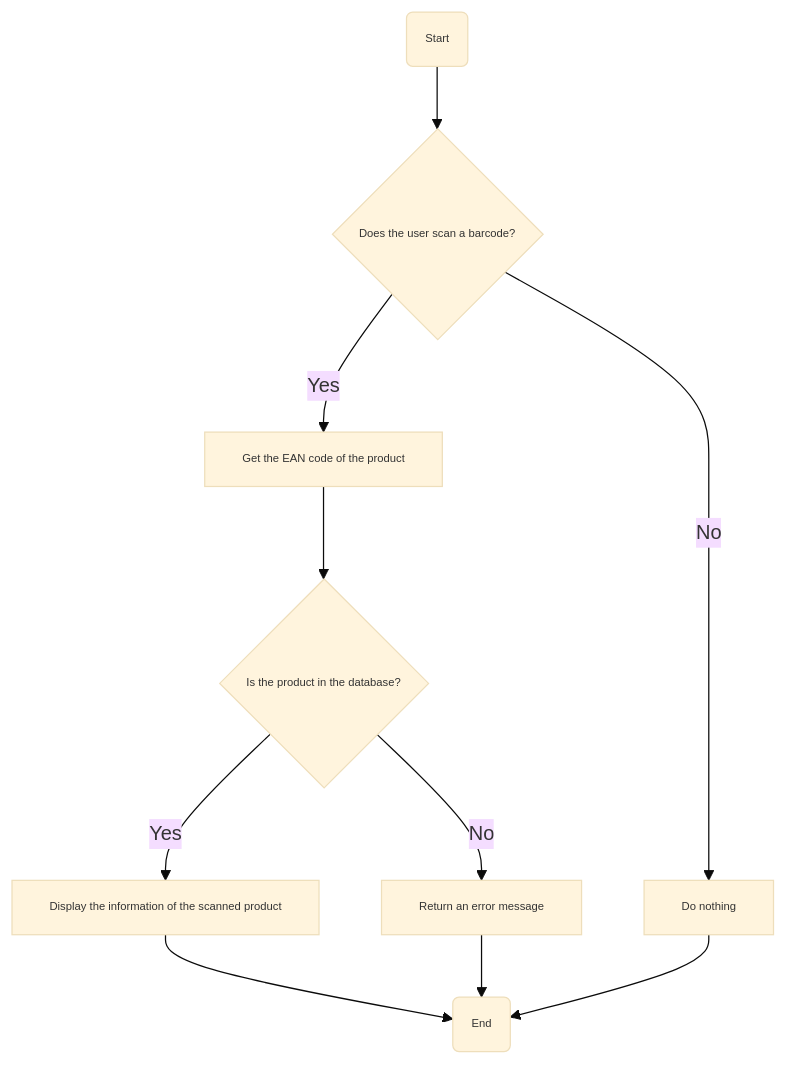
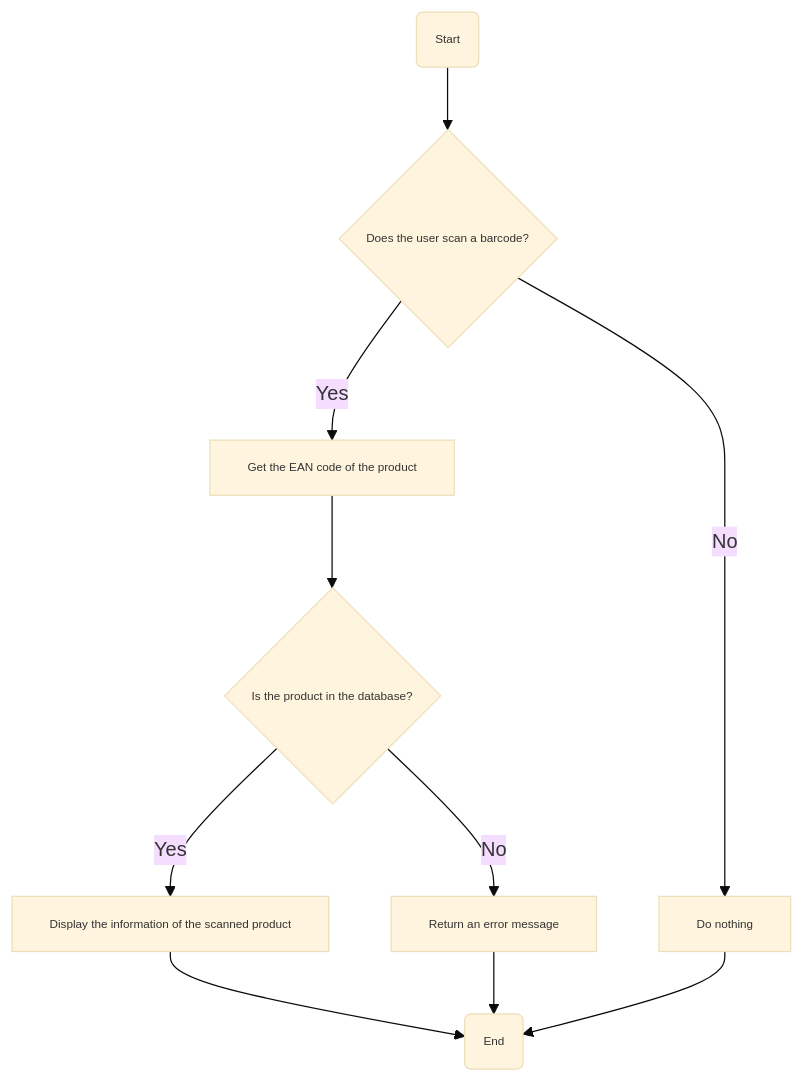
The eighth of 11 diagrams in Documents/Technical/technical_specifications.md (algosup/2024-2025-project-5-bubble-intermarche-team-2), drawn with Mermaid (base theme) before and after one commit. The commit also changed other lines of this file, not shown here.

````diff
--- a/Documents/Technical/technical_specifications.md
+++ b/Documents/Technical/technical_specifications.md
@@ -423,13 +416,13 @@
 ```mermaid
 graph TD
     A(Start) --> B{Does the user scan a barcode?}
     B -->|Yes| C[Get the EAN code of the product]
     B -->|No| D[Do nothing]
     C --> E{Is the product in the database?}
     E -->|Yes| F[Display the information of the scanned product]
     E -->|No| G[Return an error message]
     F --> H(End)
     D --> H
     G --> H
-    classDef default font-size:9px;
+    classDef default font-size:9.4px;
 ```
````
